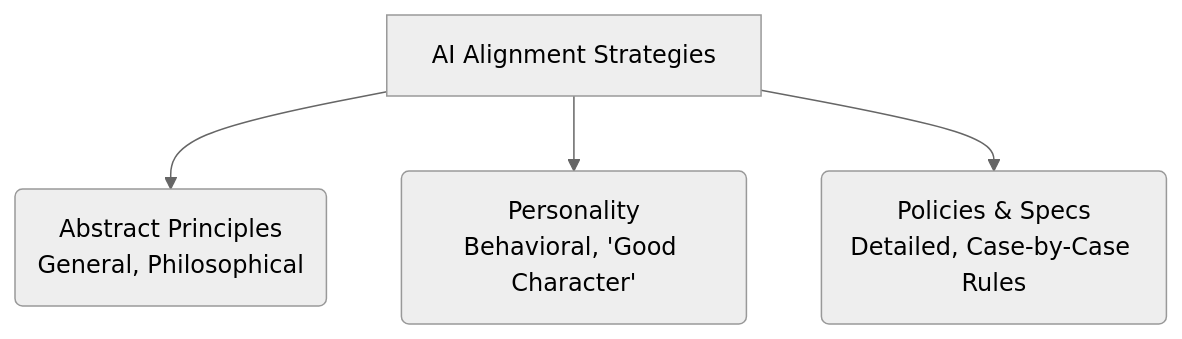
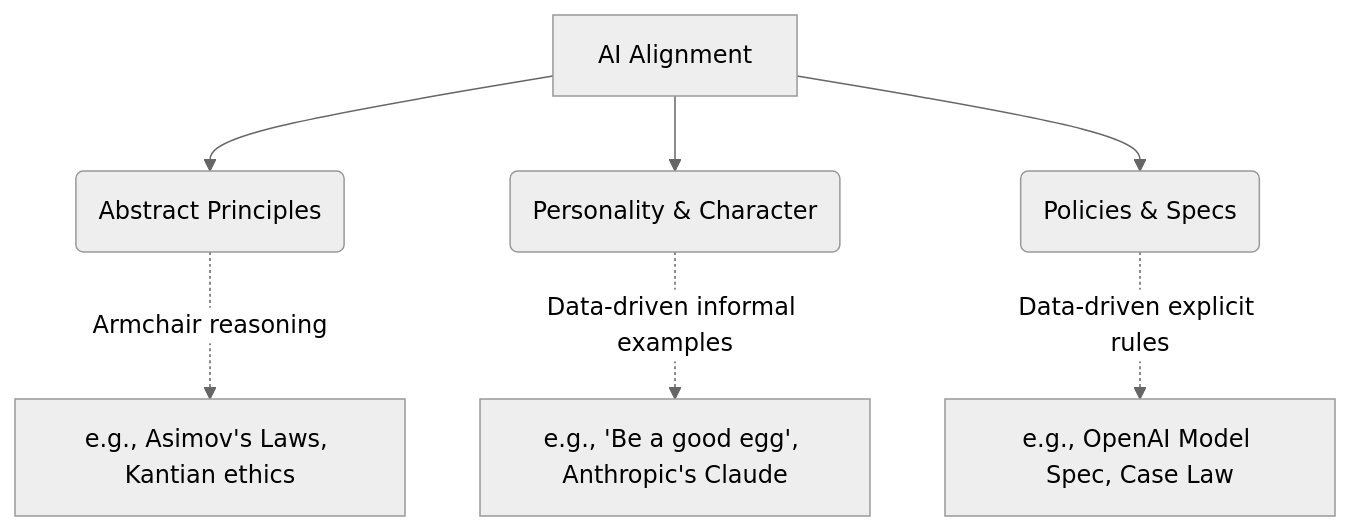
The second of 10 diagrams in AI Safety/CS2281.md (aryansi225/Learning_ai), drawn with Mermaid (neutral theme) before and after one commit. The commit also changed other lines of this file, not shown here.

First line of the commit message:
Revise AI Safety lecture notes and add diagrams

````diff
--- a/AI Safety/CS2281.md
+++ b/AI Safety/CS2281.md
@@ -55,6 +44,10 @@
 ```mermaid
 graph TD
-    A[AI Alignment Strategies] --> B(Abstract Principles<br>General, Philosophical)
-    A --> C(Personality<br>Behavioral, 'Good Character')
-    A --> D(Policies & Specs<br>Detailed, Case-by-Case Rules)
+    A[AI Alignment] --> B(Abstract Principles)
+    A --> C(Personality & Character)
+    A --> D(Policies & Specs)
+    
+    B -.->|Armchair reasoning| E[e.g., Asimov's Laws, Kantian ethics]
+    C -.->|Data-driven informal examples| F[e.g., 'Be a good egg', Anthropic's Claude]
+    D -.->|Data-driven explicit rules| G[e.g., OpenAI Model Spec, Case Law]
 ```
````
